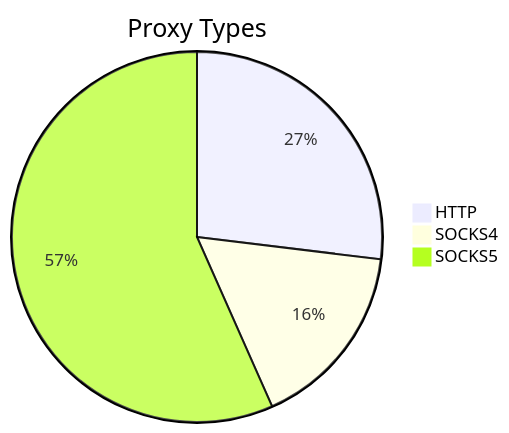
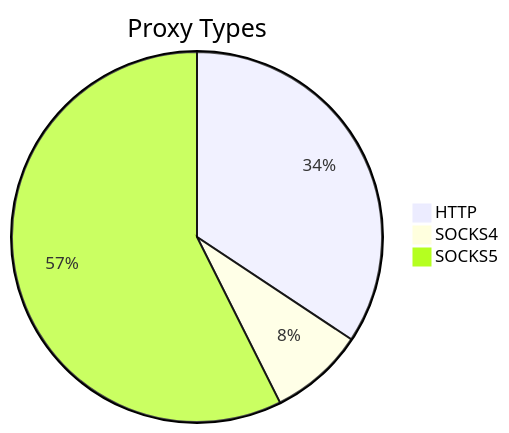
The first of 2 diagrams in README.md (stormsia/proxy-list), drawn with Mermaid before and after one commit. The commit also changed other lines of this file, not shown here.

````diff
--- a/README.md
+++ b/README.md
@@ -21,6 +21,6 @@
 ```mermaid
 pie title Proxy Types
-    "HTTP" : 77
-    "SOCKS4" : 47
-    "SOCKS5" : 162
+    "HTTP" : 58
+    "SOCKS4" : 14
+    "SOCKS5" : 97
 ```
````
